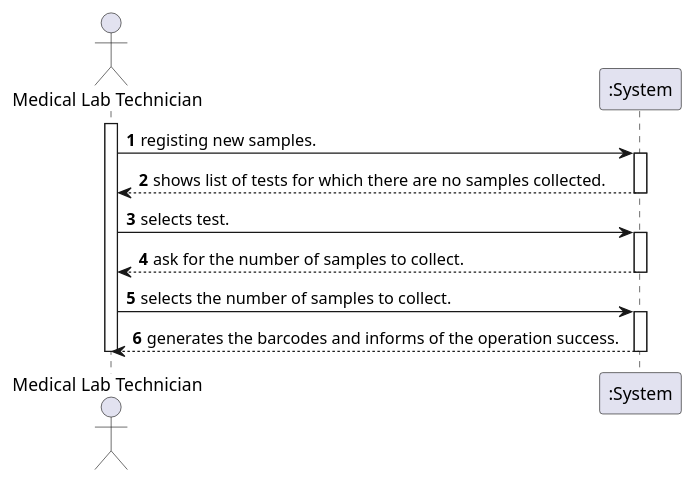
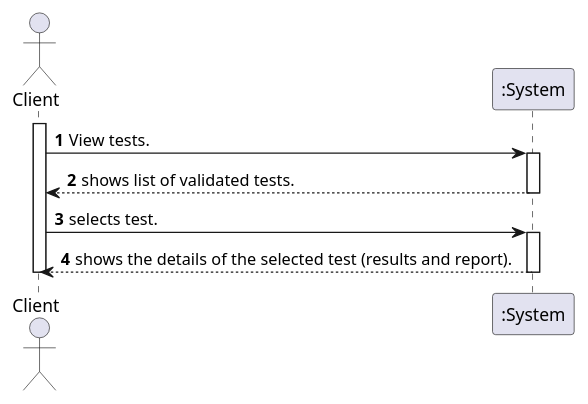
Before and after one commit to RuiRioPina/LAPR2-20-21: the diagram in docs/SprintD/US_1/UC1_SSD.puml, drawn with PlantUML. The commit also changed 4 other files, not shown here.

```diff
--- a/docs/SprintD/US_1/UC1_SSD.puml
+++ b/docs/SprintD/US_1/UC1_SSD.puml
@@ -1,22 +1,17 @@
 @startuml
 autonumber
-actor "Medical Lab Technician" as MEDLT
+actor "Client" as CLT
 
-activate MEDLT
-MEDLT-> ":System" : registing new samples. 
+activate CLT
+CLT -> ":System" : View tests. 
 activate ":System"
-":System" --> MEDLT : shows list of tests for which there are no samples collected.
+":System" --> CLT : shows list of validated tests.
 deactivate ":System"
 
-MEDLT -> ":System" : selects test.
+CLT -> ":System" : selects test.
 activate ":System"
-":System" --> MEDLT : ask for the number of samples to collect.
+":System" --> CLT : shows the details of the selected test (results and report).
 deactivate ":System"
 
-MEDLT -> ":System" : selects the number of samples to collect.
-activate ":System"
-":System" --> MEDLT : generates the barcodes and informs of the operation success.
-deactivate ":System"
-
-deactivate MEDLT
+deactivate CLT
 @enduml
```
